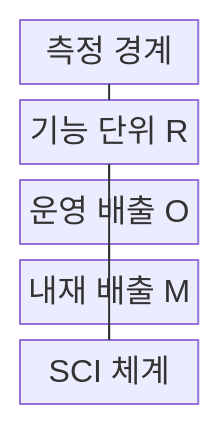
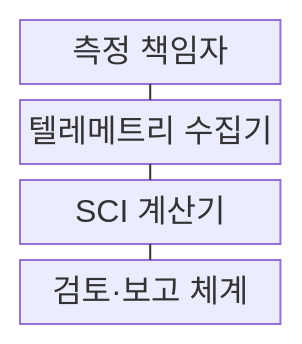
The first of 2 diagrams in src/content/docs/notes/03-software/195_green_software_sci.md (agnusdei1207/knowledge-base), drawn with Mermaid before and after one commit. The commit also changed other lines of this file and 20 other files, not shown here.

````diff
--- a/src/content/docs/notes/03-software/195_green_software_sci.md
+++ b/src/content/docs/notes/03-software/195_green_software_sci.md
@@ -56,14 +57,11 @@
 ```mermaid
-block-beta
+block
     columns 1
-    A["측정 경계"]
-    B["기능 단위 R"]
-    C["운영 배출 O"]
-    D["내재 배출 M"]
-    E["SCI 체계"]
-    A --- B
-    B --- C
-    B --- D
-    C --- E
-    D --- E
+    O["측정 책임자"]
+    T["텔레메트리 수집기"]
+    C["SCI 계산기"]
+    R["검토·보고 체계"]
+    O --- T
+    T --- C
+    C --- R
 ```
````
